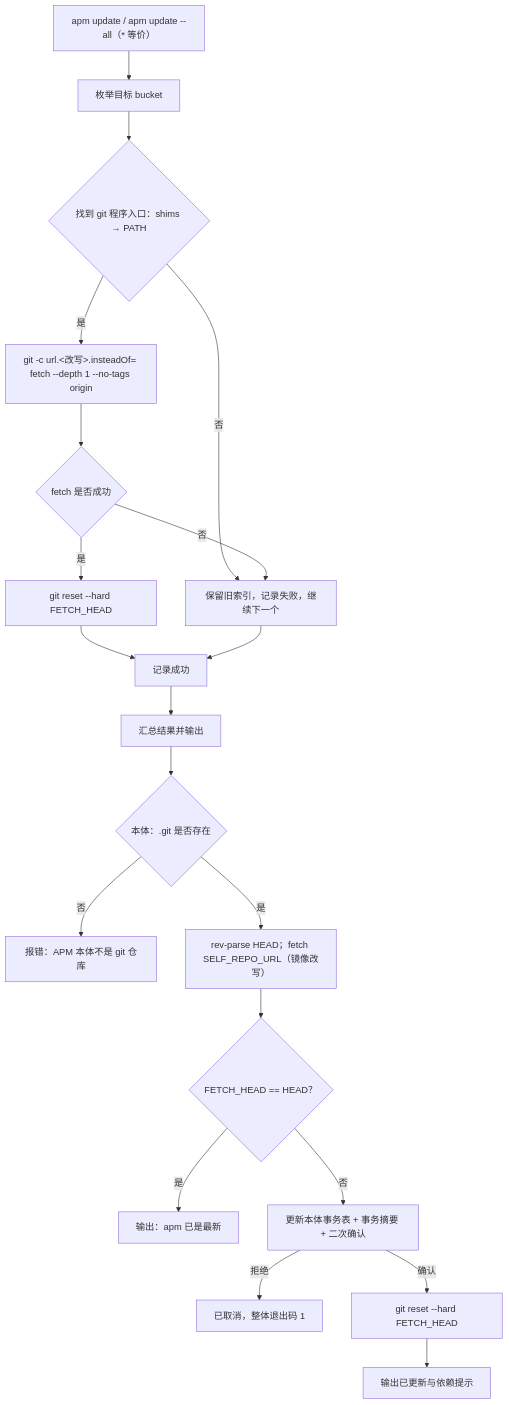
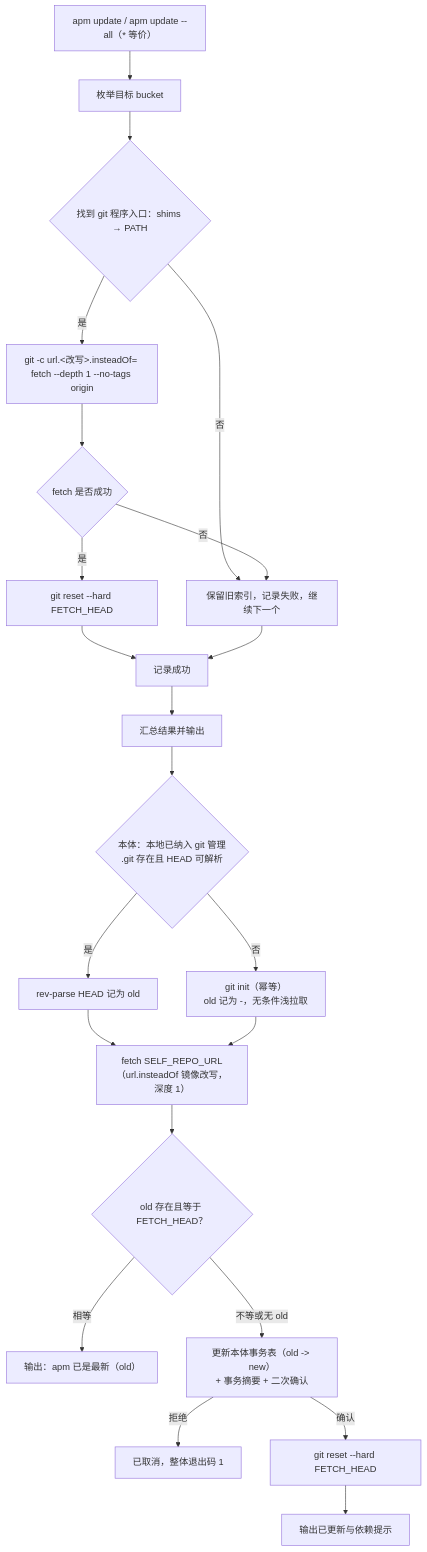
Before and after one commit to Adrts/APM: the third of 14 diagrams in docs/design.md, drawn with Mermaid. The commit also changed other lines of this file and 8 other files, not shown here.

````diff
--- a/docs/design.md
+++ b/docs/design.md
@@ -885,22 +891,24 @@
 ```mermaid
 flowchart TD
     A["apm update / apm update --all（* 等价）"] --> B["枚举目标 bucket"]
     B --> B0{"找到 git 程序入口：shims → PATH"}
     B0 -->|"否"| F["保留旧索引，记录失败，继续下一个"]
     B0 -->|"是"| C["git -c url.<改写>.insteadOf=<origin> fetch --depth 1 --no-tags origin"]
     C --> D{"fetch 是否成功"}
     D -->|"是"| E["git reset --hard FETCH_HEAD"]
     D -->|"否"| F["保留旧索引，记录失败，继续下一个"]
     E --> G["记录成功"]
     F --> G
     G --> H["汇总结果并输出"]
-    H --> I{"本体：.git 是否存在"}
-    I -->|"否"| IERR["报错：APM 本体不是 git 仓库"]
-    I -->|"是"| J["rev-parse HEAD；fetch SELF_REPO_URL（镜像改写）"]
-    J --> K{"FETCH_HEAD == HEAD？"}
-    K -->|"是"| L["输出：apm 已是最新"]
-    K -->|"否"| M["更新本体事务表 + 事务摘要 + 二次确认"]
-    M -->|"拒绝"| N["已取消，整体退出码 1"]
-    M -->|"确认"| O["git reset --hard FETCH_HEAD"]
-    O --> P["输出已更新与依赖提示"]
+    H --> I{"本体：本地已纳入 git 管理<br/>.git 存在且 HEAD 可解析"}
+    I -->|"是"| J["rev-parse HEAD 记为 old"]
+    I -->|"否"| I0["git init（幂等）<br/>old 记为 -，无条件浅拉取"]
+    J --> K["fetch SELF_REPO_URL<br/>（url.insteadOf 镜像改写，深度 1）"]
+    I0 --> K
+    K --> L{"old 存在且等于 FETCH_HEAD？"}
+    L -->|"相等"| M["输出：apm 已是最新（old）"]
+    L -->|"不等或无 old"| N["更新本体事务表（old -> new）<br/>+ 事务摘要 + 二次确认"]
+    N -->|"拒绝"| O["已取消，整体退出码 1"]
+    N -->|"确认"| P["git reset --hard FETCH_HEAD"]
+    P --> Q["输出已更新与依赖提示"]
 ```
````
